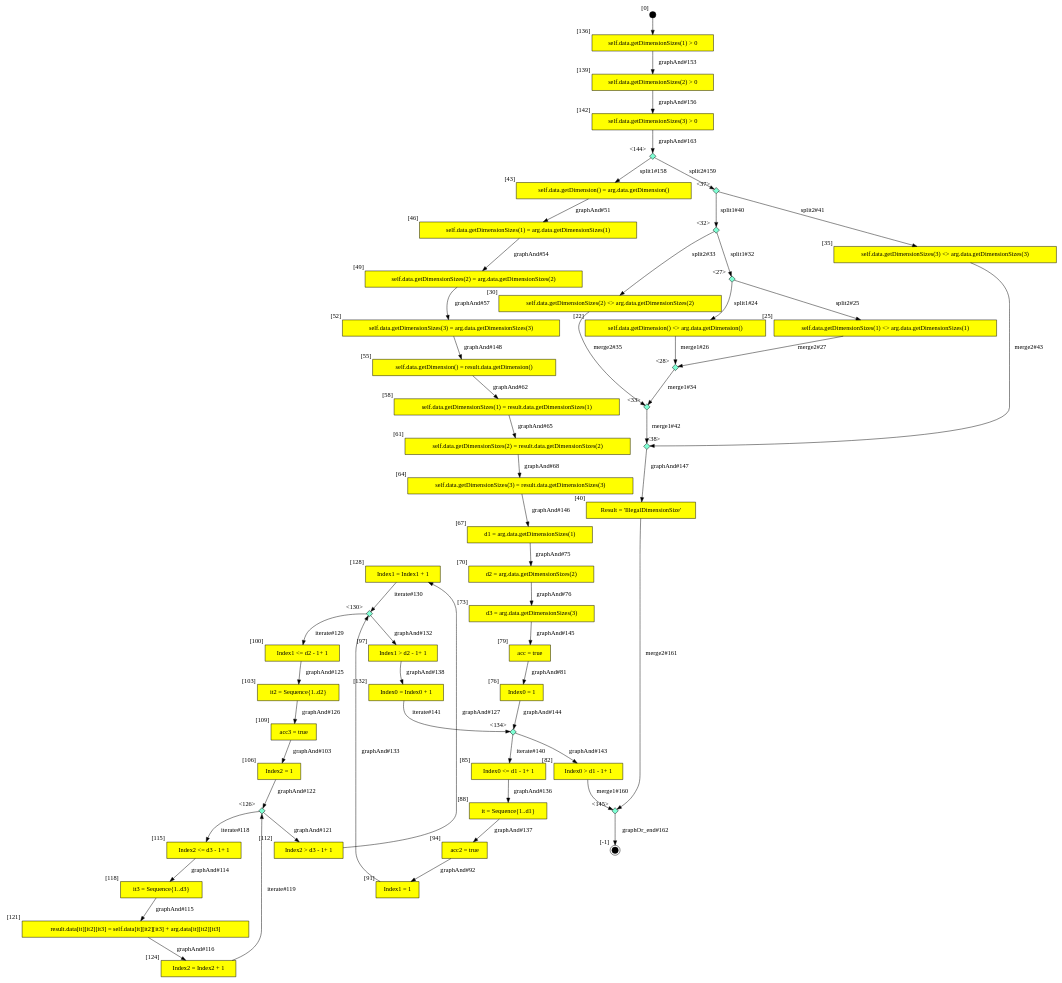
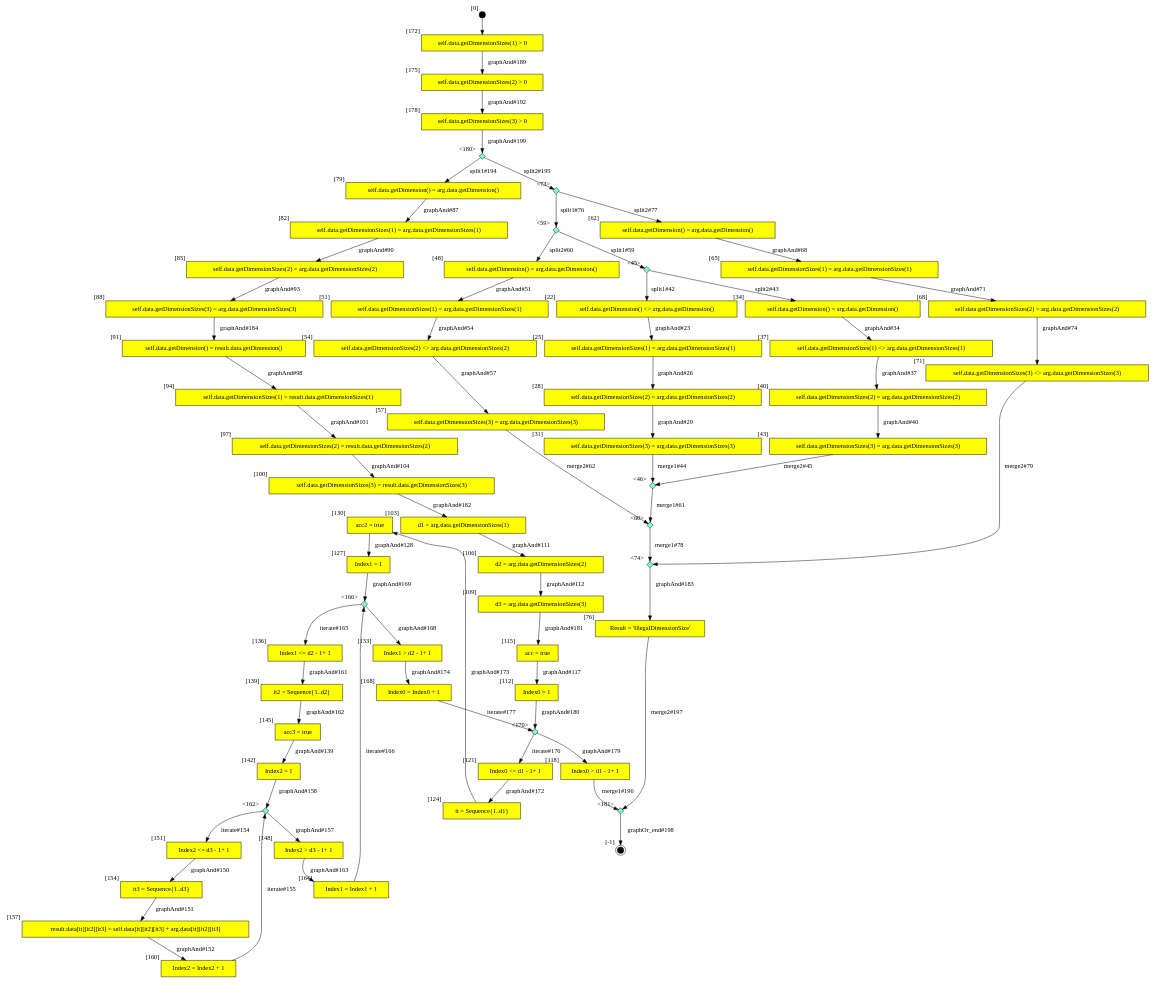
One commit to SamHseih/ocl-testcase-generator changed the diagram in output/CLG/ThreeDimVarArray/DynamicFixedsizeArrays_ThreeDimVarArray_add_DCC.dot. Above: the diagram before and after it, drawn with Graphviz. The commit also changed 2175 other files, not shown here.

```diff
--- a/output/CLG/ThreeDimVarArray/DynamicFixedsizeArrays_ThreeDimVarArray_add_DCC.dot
+++ b/output/CLG/ThreeDimVarArray/DynamicFixedsizeArrays_ThreeDimVarArray_add_DCC.dot
@@ -1,110 +1,134 @@
 digraph CLG {
-  128 [shape="box", label="Index1 = Index1 + 1", style=filled, fillcolor=yellow, xlabel="[128]"];
-  130 [shape="diamond", label="", xlabel="<130>", style=filled, fillcolor=aquamarine, fixedsize=true, width=.2, height=.2];
-  132 [shape="box", label="Index0 = Index0 + 1", style=filled, fillcolor=yellow, xlabel="[132]"];
-  134 [shape="diamond", label="", xlabel="<134>", style=filled, fillcolor=aquamarine, fixedsize=true, width=.2, height=.2];
-  135 [style=filled, fillcolor=black, shape="circle", label="", fixedsize=true, width=.2, height=.2, xlabel="[0]"];
-  136 [shape="box", label="self.data.getDimensionSizes(1) > 0", style=filled, fillcolor=yellow, xlabel="[136]"];
-  139 [shape="box", label="self.data.getDimensionSizes(2) > 0", style=filled, fillcolor=yellow, xlabel="[139]"];
-  142 [shape="box", label="self.data.getDimensionSizes(3) > 0", style=filled, fillcolor=yellow, xlabel="[142]"];
-  144 [shape="diamond", label="", xlabel="<144>", style=filled, fillcolor=aquamarine, fixedsize=true, width=.2, height=.2];
-  145 [shape="diamond", label="", xlabel="<145>", style=filled, fillcolor=aquamarine, fixedsize=true, width=.2, height=.2];
+  130 [shape="box", label="acc2 = true", style=filled, fillcolor=yellow, xlabel="[130]"];
+  133 [shape="box", label="Index1 > d2 - 1+ 1", style=filled, fillcolor=yellow, xlabel="[133]"];
+  136 [shape="box", label="Index1 <= d2 - 1+ 1", style=filled, fillcolor=yellow, xlabel="[136]"];
+  139 [shape="box", label="it2 = Sequence{1..d2}", style=filled, fillcolor=yellow, xlabel="[139]"];
+  142 [shape="box", label="Index2 = 1", style=filled, fillcolor=yellow, xlabel="[142]"];
+  145 [shape="box", label="acc3 = true", style=filled, fillcolor=yellow, xlabel="[145]"];
+  148 [shape="box", label="Index2 > d3 - 1+ 1", style=filled, fillcolor=yellow, xlabel="[148]"];
   22 [shape="box", label="self.data.getDimension() <> arg.data.getDimension()", style=filled, fillcolor=yellow, xlabel="[22]"];
-  25 [shape="box", label="self.data.getDimensionSizes(1) <> arg.data.getDimensionSizes(1)", style=filled, fillcolor=yellow, xlabel="[25]"];
-  27 [shape="diamond", label="", xlabel="<27>", style=filled, fillcolor=aquamarine, fixedsize=true, width=.2, height=.2];
-  28 [shape="diamond", label="", xlabel="<28>", style=filled, fillcolor=aquamarine, fixedsize=true, width=.2, height=.2];
-  30 [shape="box", label="self.data.getDimensionSizes(2) <> arg.data.getDimensionSizes(2)", style=filled, fillcolor=yellow, xlabel="[30]"];
-  32 [shape="diamond", label="", xlabel="<32>", style=filled, fillcolor=aquamarine, fixedsize=true, width=.2, height=.2];
-  33 [shape="diamond", label="", xlabel="<33>", style=filled, fillcolor=aquamarine, fixedsize=true, width=.2, height=.2];
-  35 [shape="box", label="self.data.getDimensionSizes(3) <> arg.data.getDimensionSizes(3)", style=filled, fillcolor=yellow, xlabel="[35]"];
-  37 [shape="diamond", label="", xlabel="<37>", style=filled, fillcolor=aquamarine, fixedsize=true, width=.2, height=.2];
-  38 [shape="diamond", label="", xlabel="<38>", style=filled, fillcolor=aquamarine, fixedsize=true, width=.2, height=.2];
-  40 [shape="box", label="Result = 'IllegalDimensionSize'", style=filled, fillcolor=yellow, xlabel="[40]"];
-  41 [style=filled, fillcolor=black, shape="doublecircle", label="", fixedsize=true, width=.2, height=.2, xlabel="[-1]"];
-  43 [shape="box", label="self.data.getDimension() = arg.data.getDimension()", style=filled, fillcolor=yellow, xlabel="[43]"];
-  46 [shape="box", label="self.data.getDimensionSizes(1) = arg.data.getDimensionSizes(1)", style=filled, fillcolor=yellow, xlabel="[46]"];
-  49 [shape="box", label="self.data.getDimensionSizes(2) = arg.data.getDimensionSizes(2)", style=filled, fillcolor=yellow, xlabel="[49]"];
-  52 [shape="box", label="self.data.getDimensionSizes(3) = arg.data.getDimensionSizes(3)", style=filled, fillcolor=yellow, xlabel="[52]"];
-  55 [shape="box", label="self.data.getDimension() = result.data.getDimension()", style=filled, fillcolor=yellow, xlabel="[55]"];
-  58 [shape="box", label="self.data.getDimensionSizes(1) = result.data.getDimensionSizes(1)", style=filled, fillcolor=yellow, xlabel="[58]"];
-  61 [shape="box", label="self.data.getDimensionSizes(2) = result.data.getDimensionSizes(2)", style=filled, fillcolor=yellow, xlabel="[61]"];
-  64 [shape="box", label="self.data.getDimensionSizes(3) = result.data.getDimensionSizes(3)", style=filled, fillcolor=yellow, xlabel="[64]"];
-  67 [shape="box", label="d1 = arg.data.getDimensionSizes(1)", style=filled, fillcolor=yellow, xlabel="[67]"];
-  70 [shape="box", label="d2 = arg.data.getDimensionSizes(2)", style=filled, fillcolor=yellow, xlabel="[70]"];
-  73 [shape="box", label="d3 = arg.data.getDimensionSizes(3)", style=filled, fillcolor=yellow, xlabel="[73]"];
-  76 [shape="box", label="Index0 = 1", style=filled, fillcolor=yellow, xlabel="[76]"];
-  79 [shape="box", label="acc = true", style=filled, fillcolor=yellow, xlabel="[79]"];
-  82 [shape="box", label="Index0 > d1 - 1+ 1", style=filled, fillcolor=yellow, xlabel="[82]"];
-  85 [shape="box", label="Index0 <= d1 - 1+ 1", style=filled, fillcolor=yellow, xlabel="[85]"];
-  88 [shape="box", label="it = Sequence{1..d1}", style=filled, fillcolor=yellow, xlabel="[88]"];
-  91 [shape="box", label="Index1 = 1", style=filled, fillcolor=yellow, xlabel="[91]"];
-  94 [shape="box", label="acc2 = true", style=filled, fillcolor=yellow, xlabel="[94]"];
-  97 [shape="box", label="Index1 > d2 - 1+ 1", style=filled, fillcolor=yellow, xlabel="[97]"];
-  100 [shape="box", label="Index1 <= d2 - 1+ 1", style=filled, fillcolor=yellow, xlabel="[100]"];
-  103 [shape="box", label="it2 = Sequence{1..d2}", style=filled, fillcolor=yellow, xlabel="[103]"];
-  106 [shape="box", label="Index2 = 1", style=filled, fillcolor=yellow, xlabel="[106]"];
-  109 [shape="box", label="acc3 = true", style=filled, fillcolor=yellow, xlabel="[109]"];
-  112 [shape="box", label="Index2 > d3 - 1+ 1", style=filled, fillcolor=yellow, xlabel="[112]"];
-  115 [shape="box", label="Index2 <= d3 - 1+ 1", style=filled, fillcolor=yellow, xlabel="[115]"];
-  118 [shape="box", label="it3 = Sequence{1..d3}", style=filled, fillcolor=yellow, xlabel="[118]"];
-  121 [shape="box", label="result.data[it][it2][it3] = self.data[it][it2][it3] + arg.data[it][it2][it3]", style=filled, fillcolor=yellow, xlabel="[121]"];
-  124 [shape="box", label="Index2 = Index2 + 1", style=filled, fillcolor=yellow, xlabel="[124]"];
-  126 [shape="diamond", label="", xlabel="<126>", style=filled, fillcolor=aquamarine, fixedsize=true, width=.2, height=.2];
-  130 -> 100[label="iterate#129"];
-  128 -> 130[label="iterate#130"];
-  130 -> 97[label="graphAnd#132"];
-  91 -> 130[label="graphAnd#133"];
-  85 -> 88[label="graphAnd#136"];
-  88 -> 94[label="graphAnd#137"];
-  97 -> 132[label="graphAnd#138"];
-  134 -> 85[label="iterate#140"];
-  132 -> 134[label="iterate#141"];
-  134 -> 82[label="graphAnd#143"];
-  76 -> 134[label="graphAnd#144"];
-  73 -> 79[label="graphAnd#145"];
-  64 -> 67[label="graphAnd#146"];
-  38 -> 40[label="graphAnd#147"];
-  52 -> 55[label="graphAnd#148"];
-  135 -> 136;
-  27 -> 22[label="split1#24"];
-  136 -> 139[label="graphAnd#153"];
-  27 -> 25[label="split2#25"];
-  22 -> 28[label="merge1#26"];
-  25 -> 28[label="merge2#27"];
-  139 -> 142[label="graphAnd#156"];
-  144 -> 43[label="split1#158"];
-  144 -> 37[label="split2#159"];
-  82 -> 145[label="merge1#160"];
-  32 -> 27[label="split1#32"];
-  40 -> 145[label="merge2#161"];
-  32 -> 30[label="split2#33"];
-  145 -> 41[label="graphOr_end#162"];
-  28 -> 33[label="merge1#34"];
-  142 -> 144[label="graphAnd#163"];
-  30 -> 33[label="merge2#35"];
-  37 -> 32[label="split1#40"];
-  37 -> 35[label="split2#41"];
-  33 -> 38[label="merge1#42"];
-  35 -> 38[label="merge2#43"];
-  43 -> 46[label="graphAnd#51"];
-  46 -> 49[label="graphAnd#54"];
-  49 -> 52[label="graphAnd#57"];
-  55 -> 58[label="graphAnd#62"];
-  58 -> 61[label="graphAnd#65"];
-  61 -> 64[label="graphAnd#68"];
-  67 -> 70[label="graphAnd#75"];
-  70 -> 73[label="graphAnd#76"];
-  79 -> 76[label="graphAnd#81"];
-  94 -> 91[label="graphAnd#92"];
-  109 -> 106[label="graphAnd#103"];
-  115 -> 118[label="graphAnd#114"];
-  118 -> 121[label="graphAnd#115"];
-  121 -> 124[label="graphAnd#116"];
-  126 -> 115[label="iterate#118"];
-  124 -> 126[label="iterate#119"];
-  126 -> 112[label="graphAnd#121"];
-  106 -> 126[label="graphAnd#122"];
-  100 -> 103[label="graphAnd#125"];
-  103 -> 109[label="graphAnd#126"];
-  112 -> 128[label="graphAnd#127"];
+  151 [shape="box", label="Index2 <= d3 - 1+ 1", style=filled, fillcolor=yellow, xlabel="[151]"];
+  25 [shape="box", label="self.data.getDimensionSizes(1) = arg.data.getDimensionSizes(1)", style=filled, fillcolor=yellow, xlabel="[25]"];
+  154 [shape="box", label="it3 = Sequence{1..d3}", style=filled, fillcolor=yellow, xlabel="[154]"];
+  28 [shape="box", label="self.data.getDimensionSizes(2) = arg.data.getDimensionSizes(2)", style=filled, fillcolor=yellow, xlabel="[28]"];
+  157 [shape="box", label="result.data[it][it2][it3] = self.data[it][it2][it3] + arg.data[it][it2][it3]", style=filled, fillcolor=yellow, xlabel="[157]"];
+  31 [shape="box", label="self.data.getDimensionSizes(3) = arg.data.getDimensionSizes(3)", style=filled, fillcolor=yellow, xlabel="[31]"];
+  160 [shape="box", label="Index2 = Index2 + 1", style=filled, fillcolor=yellow, xlabel="[160]"];
+  162 [shape="diamond", label="", xlabel="<162>", style=filled, fillcolor=aquamarine, fixedsize=true, width=.2, height=.2];
+  34 [shape="box", label="self.data.getDimension() = arg.data.getDimension()", style=filled, fillcolor=yellow, xlabel="[34]"];
+  164 [shape="box", label="Index1 = Index1 + 1", style=filled, fillcolor=yellow, xlabel="[164]"];
+  37 [shape="box", label="self.data.getDimensionSizes(1) <> arg.data.getDimensionSizes(1)", style=filled, fillcolor=yellow, xlabel="[37]"];
+  166 [shape="diamond", label="", xlabel="<166>", style=filled, fillcolor=aquamarine, fixedsize=true, width=.2, height=.2];
+  168 [shape="box", label="Index0 = Index0 + 1", style=filled, fillcolor=yellow, xlabel="[168]"];
+  40 [shape="box", label="self.data.getDimensionSizes(2) = arg.data.getDimensionSizes(2)", style=filled, fillcolor=yellow, xlabel="[40]"];
+  170 [shape="diamond", label="", xlabel="<170>", style=filled, fillcolor=aquamarine, fixedsize=true, width=.2, height=.2];
+  171 [style=filled, fillcolor=black, shape="circle", label="", fixedsize=true, width=.2, height=.2, xlabel="[0]"];
+  43 [shape="box", label="self.data.getDimensionSizes(3) = arg.data.getDimensionSizes(3)", style=filled, fillcolor=yellow, xlabel="[43]"];
+  172 [shape="box", label="self.data.getDimensionSizes(1) > 0", style=filled, fillcolor=yellow, xlabel="[172]"];
+  45 [shape="diamond", label="", xlabel="<45>", style=filled, fillcolor=aquamarine, fixedsize=true, width=.2, height=.2];
+  46 [shape="diamond", label="", xlabel="<46>", style=filled, fillcolor=aquamarine, fixedsize=true, width=.2, height=.2];
+  175 [shape="box", label="self.data.getDimensionSizes(2) > 0", style=filled, fillcolor=yellow, xlabel="[175]"];
+  48 [shape="box", label="self.data.getDimension() = arg.data.getDimension()", style=filled, fillcolor=yellow, xlabel="[48]"];
+  178 [shape="box", label="self.data.getDimensionSizes(3) > 0", style=filled, fillcolor=yellow, xlabel="[178]"];
+  51 [shape="box", label="self.data.getDimensionSizes(1) = arg.data.getDimensionSizes(1)", style=filled, fillcolor=yellow, xlabel="[51]"];
+  180 [shape="diamond", label="", xlabel="<180>", style=filled, fillcolor=aquamarine, fixedsize=true, width=.2, height=.2];
+  181 [shape="diamond", label="", xlabel="<181>", style=filled, fillcolor=aquamarine, fixedsize=true, width=.2, height=.2];
+  54 [shape="box", label="self.data.getDimensionSizes(2) <> arg.data.getDimensionSizes(2)", style=filled, fillcolor=yellow, xlabel="[54]"];
+  57 [shape="box", label="self.data.getDimensionSizes(3) = arg.data.getDimensionSizes(3)", style=filled, fillcolor=yellow, xlabel="[57]"];
+  59 [shape="diamond", label="", xlabel="<59>", style=filled, fillcolor=aquamarine, fixedsize=true, width=.2, height=.2];
+  60 [shape="diamond", label="", xlabel="<60>", style=filled, fillcolor=aquamarine, fixedsize=true, width=.2, height=.2];
+  62 [shape="box", label="self.data.getDimension() = arg.data.getDimension()", style=filled, fillcolor=yellow, xlabel="[62]"];
+  65 [shape="box", label="self.data.getDimensionSizes(1) = arg.data.getDimensionSizes(1)", style=filled, fillcolor=yellow, xlabel="[65]"];
+  68 [shape="box", label="self.data.getDimensionSizes(2) = arg.data.getDimensionSizes(2)", style=filled, fillcolor=yellow, xlabel="[68]"];
+  71 [shape="box", label="self.data.getDimensionSizes(3) <> arg.data.getDimensionSizes(3)", style=filled, fillcolor=yellow, xlabel="[71]"];
+  73 [shape="diamond", label="", xlabel="<73>", style=filled, fillcolor=aquamarine, fixedsize=true, width=.2, height=.2];
+  74 [shape="diamond", label="", xlabel="<74>", style=filled, fillcolor=aquamarine, fixedsize=true, width=.2, height=.2];
+  76 [shape="box", label="Result = 'IllegalDimensionSize'", style=filled, fillcolor=yellow, xlabel="[76]"];
+  77 [style=filled, fillcolor=black, shape="doublecircle", label="", fixedsize=true, width=.2, height=.2, xlabel="[-1]"];
+  79 [shape="box", label="self.data.getDimension() = arg.data.getDimension()", style=filled, fillcolor=yellow, xlabel="[79]"];
+  82 [shape="box", label="self.data.getDimensionSizes(1) = arg.data.getDimensionSizes(1)", style=filled, fillcolor=yellow, xlabel="[82]"];
+  85 [shape="box", label="self.data.getDimensionSizes(2) = arg.data.getDimensionSizes(2)", style=filled, fillcolor=yellow, xlabel="[85]"];
+  88 [shape="box", label="self.data.getDimensionSizes(3) = arg.data.getDimensionSizes(3)", style=filled, fillcolor=yellow, xlabel="[88]"];
+  91 [shape="box", label="self.data.getDimension() = result.data.getDimension()", style=filled, fillcolor=yellow, xlabel="[91]"];
+  94 [shape="box", label="self.data.getDimensionSizes(1) = result.data.getDimensionSizes(1)", style=filled, fillcolor=yellow, xlabel="[94]"];
+  97 [shape="box", label="self.data.getDimensionSizes(2) = result.data.getDimensionSizes(2)", style=filled, fillcolor=yellow, xlabel="[97]"];
+  100 [shape="box", label="self.data.getDimensionSizes(3) = result.data.getDimensionSizes(3)", style=filled, fillcolor=yellow, xlabel="[100]"];
+  103 [shape="box", label="d1 = arg.data.getDimensionSizes(1)", style=filled, fillcolor=yellow, xlabel="[103]"];
+  106 [shape="box", label="d2 = arg.data.getDimensionSizes(2)", style=filled, fillcolor=yellow, xlabel="[106]"];
+  109 [shape="box", label="d3 = arg.data.getDimensionSizes(3)", style=filled, fillcolor=yellow, xlabel="[109]"];
+  112 [shape="box", label="Index0 = 1", style=filled, fillcolor=yellow, xlabel="[112]"];
+  115 [shape="box", label="acc = true", style=filled, fillcolor=yellow, xlabel="[115]"];
+  118 [shape="box", label="Index0 > d1 - 1+ 1", style=filled, fillcolor=yellow, xlabel="[118]"];
+  121 [shape="box", label="Index0 <= d1 - 1+ 1", style=filled, fillcolor=yellow, xlabel="[121]"];
+  124 [shape="box", label="it = Sequence{1..d1}", style=filled, fillcolor=yellow, xlabel="[124]"];
+  127 [shape="box", label="Index1 = 1", style=filled, fillcolor=yellow, xlabel="[127]"];
+  130 -> 127[label="graphAnd#128"];
+  145 -> 142[label="graphAnd#139"];
+  151 -> 154[label="graphAnd#150"];
+  154 -> 157[label="graphAnd#151"];
+  22 -> 25[label="graphAnd#23"];
+  157 -> 160[label="graphAnd#152"];
+  162 -> 151[label="iterate#154"];
+  25 -> 28[label="graphAnd#26"];
+  160 -> 162[label="iterate#155"];
+  162 -> 148[label="graphAnd#157"];
+  28 -> 31[label="graphAnd#29"];
+  142 -> 162[label="graphAnd#158"];
+  136 -> 139[label="graphAnd#161"];
+  139 -> 145[label="graphAnd#162"];
+  34 -> 37[label="graphAnd#34"];
+  148 -> 164[label="graphAnd#163"];
+  166 -> 136[label="iterate#165"];
+  37 -> 40[label="graphAnd#37"];
+  164 -> 166[label="iterate#166"];
+  166 -> 133[label="graphAnd#168"];
+  40 -> 43[label="graphAnd#40"];
+  127 -> 166[label="graphAnd#169"];
+  45 -> 22[label="split1#42"];
+  45 -> 34[label="split2#43"];
+  121 -> 124[label="graphAnd#172"];
+  31 -> 46[label="merge1#44"];
+  124 -> 130[label="graphAnd#173"];
+  43 -> 46[label="merge2#45"];
+  133 -> 168[label="graphAnd#174"];
+  170 -> 121[label="iterate#176"];
+  168 -> 170[label="iterate#177"];
+  170 -> 118[label="graphAnd#179"];
+  48 -> 51[label="graphAnd#51"];
+  112 -> 170[label="graphAnd#180"];
+  109 -> 115[label="graphAnd#181"];
+  100 -> 103[label="graphAnd#182"];
+  51 -> 54[label="graphAnd#54"];
+  74 -> 76[label="graphAnd#183"];
+  88 -> 91[label="graphAnd#184"];
+  171 -> 172;
+  54 -> 57[label="graphAnd#57"];
+  59 -> 45[label="split1#59"];
+  59 -> 48[label="split2#60"];
+  172 -> 175[label="graphAnd#189"];
+  46 -> 60[label="merge1#61"];
+  57 -> 60[label="merge2#62"];
+  175 -> 178[label="graphAnd#192"];
+  180 -> 79[label="split1#194"];
+  180 -> 73[label="split2#195"];
+  118 -> 181[label="merge1#196"];
+  62 -> 65[label="graphAnd#68"];
+  76 -> 181[label="merge2#197"];
+  181 -> 77[label="graphOr_end#198"];
+  178 -> 180[label="graphAnd#199"];
+  65 -> 68[label="graphAnd#71"];
+  68 -> 71[label="graphAnd#74"];
+  73 -> 59[label="split1#76"];
+  73 -> 62[label="split2#77"];
+  60 -> 74[label="merge1#78"];
+  71 -> 74[label="merge2#79"];
+  79 -> 82[label="graphAnd#87"];
+  82 -> 85[label="graphAnd#90"];
+  85 -> 88[label="graphAnd#93"];
+  91 -> 94[label="graphAnd#98"];
+  94 -> 97[label="graphAnd#101"];
+  97 -> 100[label="graphAnd#104"];
+  103 -> 106[label="graphAnd#111"];
+  106 -> 109[label="graphAnd#112"];
+  115 -> 112[label="graphAnd#117"];
 }
```
